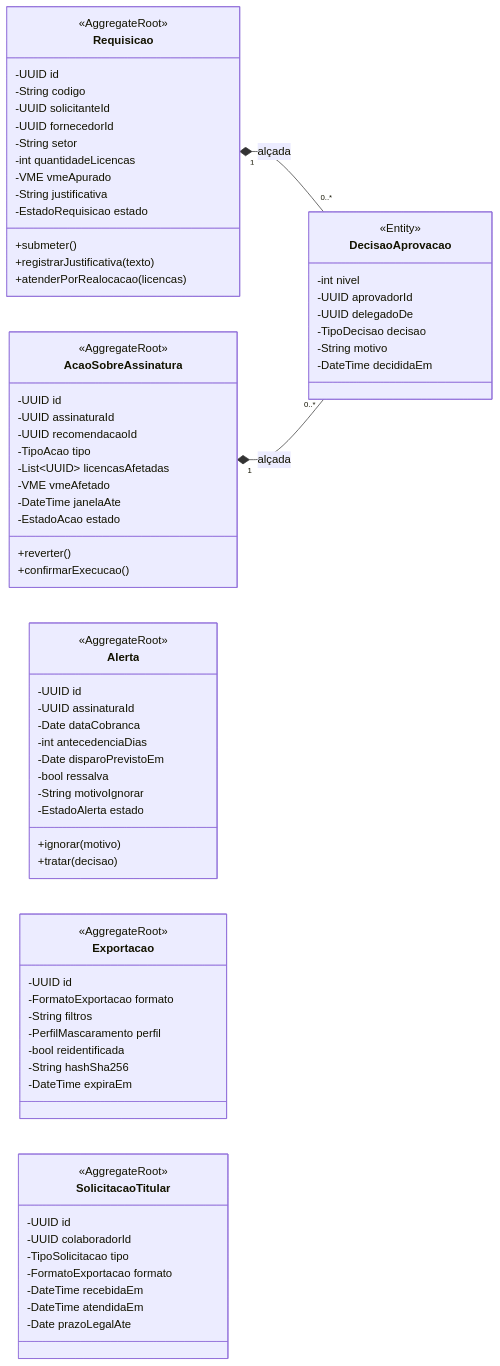
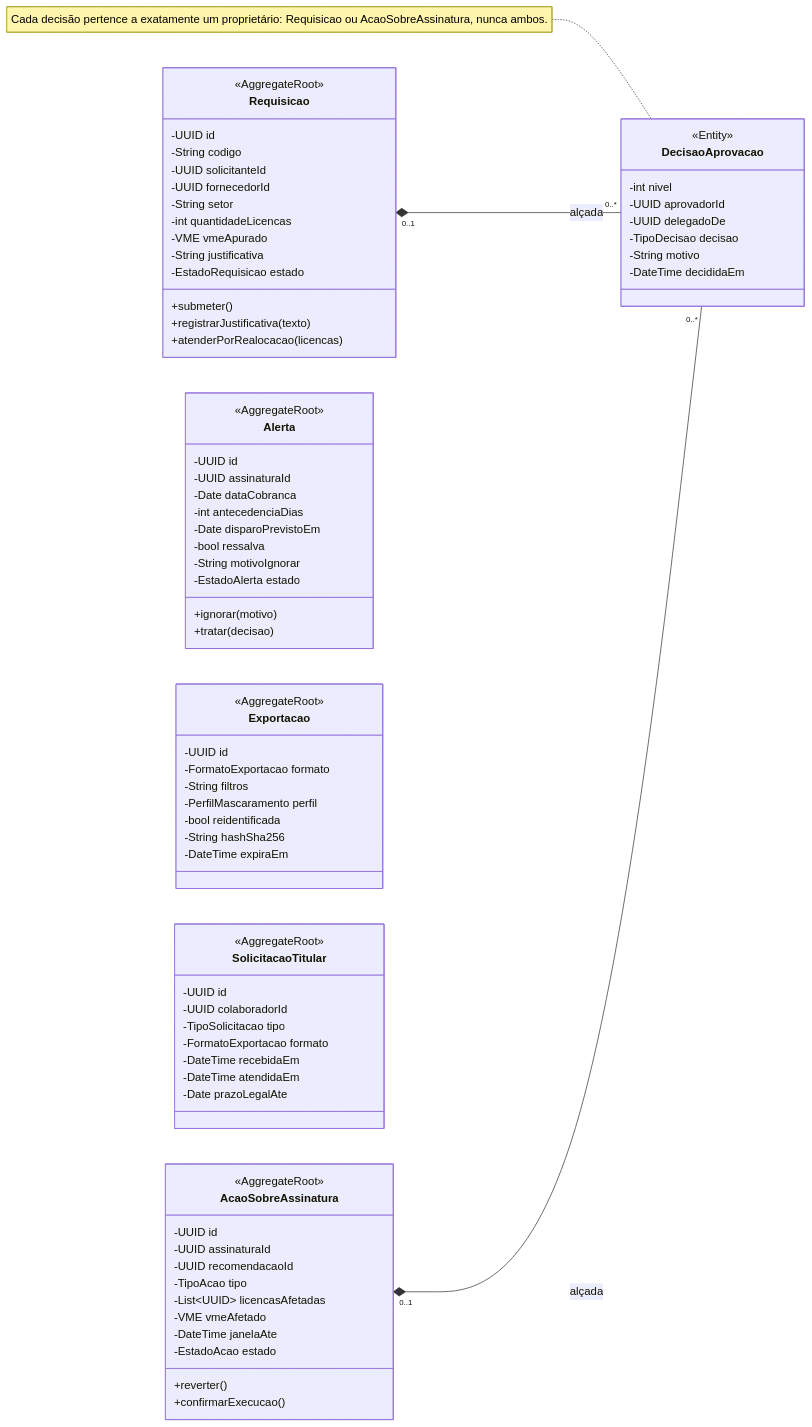
One commit to ES-2026-2/PS changed the sixth of 7 diagrams in semana-08/entregavel-03-diagramas-uml.md. Above: the diagram before and after it, drawn with Mermaid. The commit also changed other lines of this file and 4 other files, not shown here.

````diff
--- a/semana-08/entregavel-03-diagramas-uml.md
+++ b/semana-08/entregavel-03-diagramas-uml.md
@@ -591,78 +613,79 @@
 ```mermaid
 classDiagram
     direction LR
 
     class Requisicao {
         <<AggregateRoot>>
         -UUID id
         -String codigo
         -UUID solicitanteId
         -UUID fornecedorId
         -String setor
         -int quantidadeLicencas
         -VME vmeApurado
         -String justificativa
         -EstadoRequisicao estado
         +submeter()
         +registrarJustificativa(texto)
         +atenderPorRealocacao(licencas)
     }
     class AcaoSobreAssinatura {
         <<AggregateRoot>>
         -UUID id
         -UUID assinaturaId
         -UUID recomendacaoId
         -TipoAcao tipo
         -List~UUID~ licencasAfetadas
         -VME vmeAfetado
         -DateTime janelaAte
         -EstadoAcao estado
         +reverter()
         +confirmarExecucao()
     }
     class DecisaoAprovacao {
         <<Entity>>
         -int nivel
         -UUID aprovadorId
         -UUID delegadoDe
         -TipoDecisao decisao
         -String motivo
         -DateTime decididaEm
     }
     class Alerta {
         <<AggregateRoot>>
         -UUID id
         -UUID assinaturaId
         -Date dataCobranca
         -int antecedenciaDias
         -Date disparoPrevistoEm
         -bool ressalva
         -String motivoIgnorar
         -EstadoAlerta estado
         +ignorar(motivo)
         +tratar(decisao)
     }
     class Exportacao {
         <<AggregateRoot>>
         -UUID id
         -FormatoExportacao formato
         -String filtros
         -PerfilMascaramento perfil
         -bool reidentificada
         -String hashSha256
         -DateTime expiraEm
     }
     class SolicitacaoTitular {
         <<AggregateRoot>>
         -UUID id
         -UUID colaboradorId
         -TipoSolicitacao tipo
         -FormatoExportacao formato
         -DateTime recebidaEm
         -DateTime atendidaEm
         -Date prazoLegalAte
     }
 
-    Requisicao "1" *-- "0..*" DecisaoAprovacao : alçada
-    AcaoSobreAssinatura "1" *-- "0..*" DecisaoAprovacao : alçada
+    Requisicao "0..1" *-- "0..*" DecisaoAprovacao : alçada
+    AcaoSobreAssinatura "0..1" *-- "0..*" DecisaoAprovacao : alçada
+    note for DecisaoAprovacao "Cada decisão pertence a exatamente um proprietário: Requisicao ou AcaoSobreAssinatura, nunca ambos."
 ```
````
